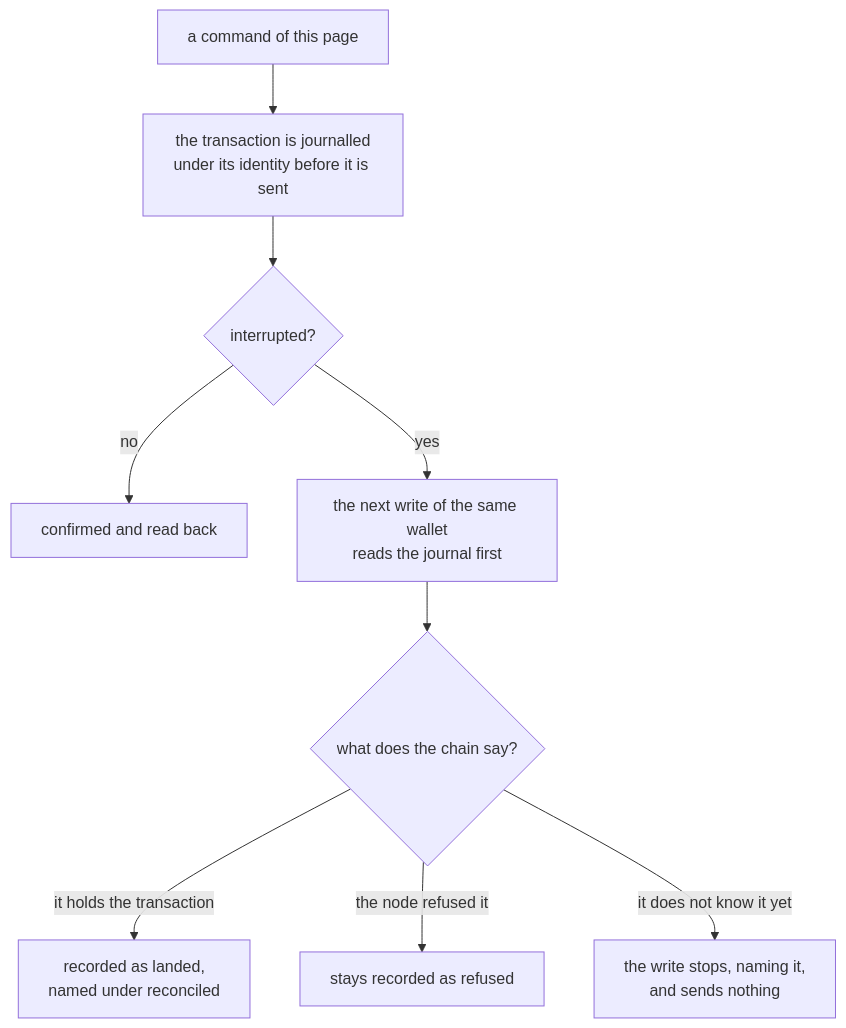
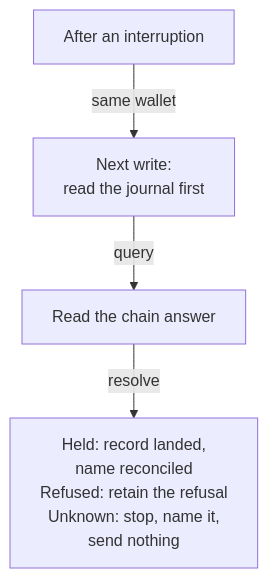
One commit to lambdasistemi/singular changed the seventh of 7 diagrams in docs/registry-commands.md. Above: the diagram before and after it, drawn with Mermaid. The commit also changed other lines of this file and 59 other files, not shown here.

````diff
--- a/docs/registry-commands.md
+++ b/docs/registry-commands.md
@@ -250,11 +266,6 @@
 ```mermaid
 flowchart TB
-    run[a command of this page] --> journal[the transaction is journalled<br/>under its identity before it is sent]
-    journal --> cut{interrupted?}
-    cut -->|no| done[confirmed and read back]
-    cut -->|yes| next[the next write of the same wallet<br/>reads the journal first]
-    next --> landed{what does the chain say?}
-    landed -->|it holds the transaction| record[recorded as landed,<br/>named under reconciled]
-    landed -->|the node refused it| refused[stays recorded as refused]
-    landed -->|it does not know it yet| stop[the write stops, naming it,<br/>and sends nothing]
+    cut[After an interruption] -->|same wallet| next[Next write:<br/>read the journal first]
+    next -->|query| landed[Read the chain answer]
+    landed -->|resolve| answers[Held: record landed,<br/>name reconciled<br/>Refused: retain the refusal<br/>Unknown: stop, name it,<br/>send nothing]
 ```
````
